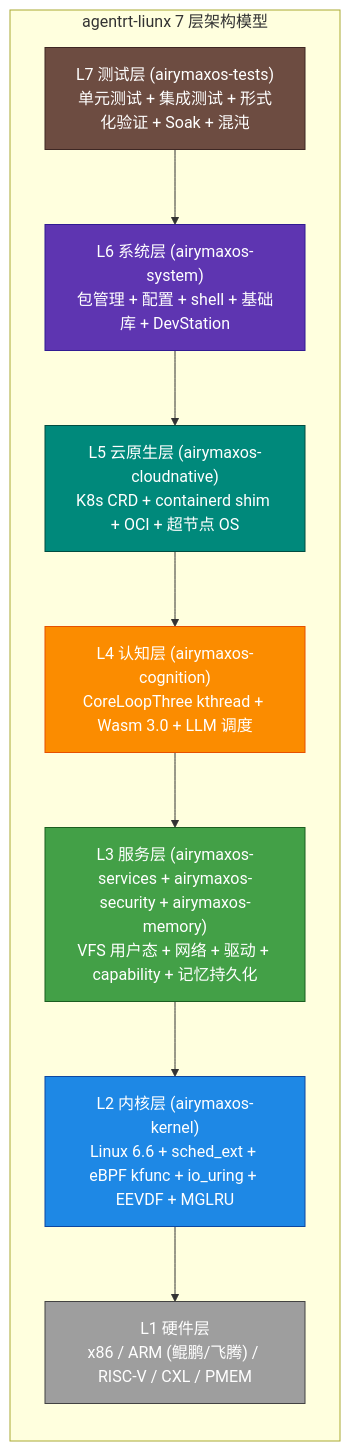
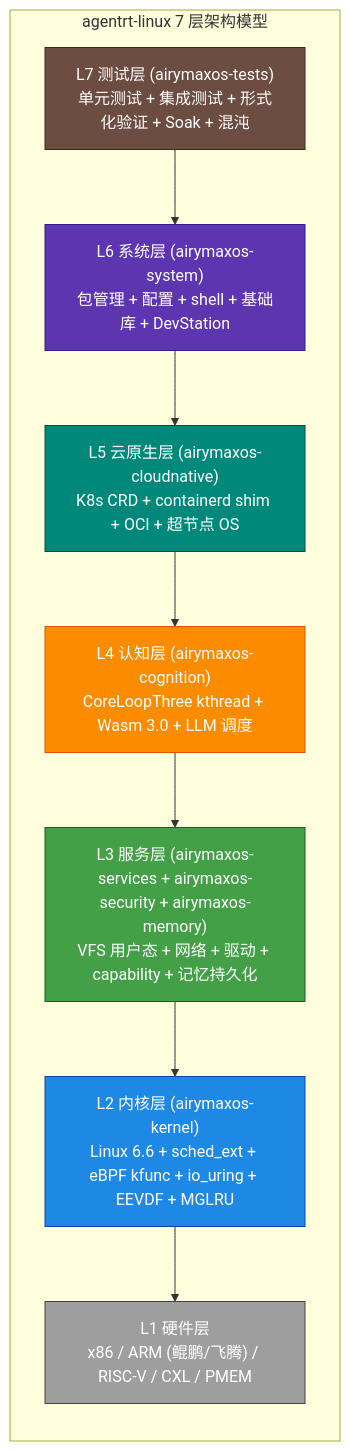
One commit to SpharxTeam/Docs changed the second of 2 diagrams in AirymaxOS/10-architecture/README.md. Above: the diagram before and after it, drawn with Mermaid. The commit also changed other lines of this file and 132 other files, not shown here.

````diff
--- a/AirymaxOS/10-architecture/README.md
+++ b/AirymaxOS/10-architecture/README.md
@@ -121,36 +121,36 @@
 ```mermaid
 graph TB
-    subgraph "agentrt-liunx 7 层架构模型"
+    subgraph "agentrt-linux 7 层架构模型"
         direction TB
         L7["L7 测试层 (airymaxos-tests)<br/>单元测试 + 集成测试 + 形式化验证 + Soak + 混沌"]
         L6["L6 系统层 (airymaxos-system)<br/>包管理 + 配置 + shell + 基础库 + DevStation"]
         L5["L5 云原生层 (airymaxos-cloudnative)<br/>K8s CRD + containerd shim + OCI + 超节点 OS"]
         L4["L4 认知层 (airymaxos-cognition)<br/>CoreLoopThree kthread + Wasm 3.0 + LLM 调度"]
         L3["L3 服务层 (airymaxos-services + airymaxos-security + airymaxos-memory)<br/>VFS 用户态 + 网络 + 驱动 + capability + 记忆持久化"]
         L2["L2 内核层 (airymaxos-kernel)<br/>Linux 6.6 + sched_ext + eBPF kfunc + io_uring + EEVDF + MGLRU"]
         L1["L1 硬件层<br/>x86 / ARM (鲲鹏/飞腾) / RISC-V / CXL / PMEM"]
 
         L7 --> L6
         L6 --> L5
         L5 --> L4
         L4 --> L3
         L3 --> L2
         L2 --> L1
     end
 
     classDef l1Style fill:#9e9e9e,stroke:#424242,color:#ffffff
     classDef l2Style fill:#1e88e5,stroke:#0d47a1,color:#ffffff
     classDef l3Style fill:#43a047,stroke:#1b5e20,color:#ffffff
     classDef l4Style fill:#fb8c00,stroke:#e65100,color:#ffffff
     classDef l5Style fill:#00897b,stroke:#004d40,color:#ffffff
     classDef l6Style fill:#5e35b1,stroke:#311b92,color:#ffffff
     classDef l7Style fill:#6d4c41,stroke:#3e2723,color:#ffffff
 
     class L1 l1Style
     class L2 l2Style
     class L3 l3Style
     class L4 l4Style
     class L5 l5Style
     class L6 l6Style
     class L7 l7Style
 ```
````
